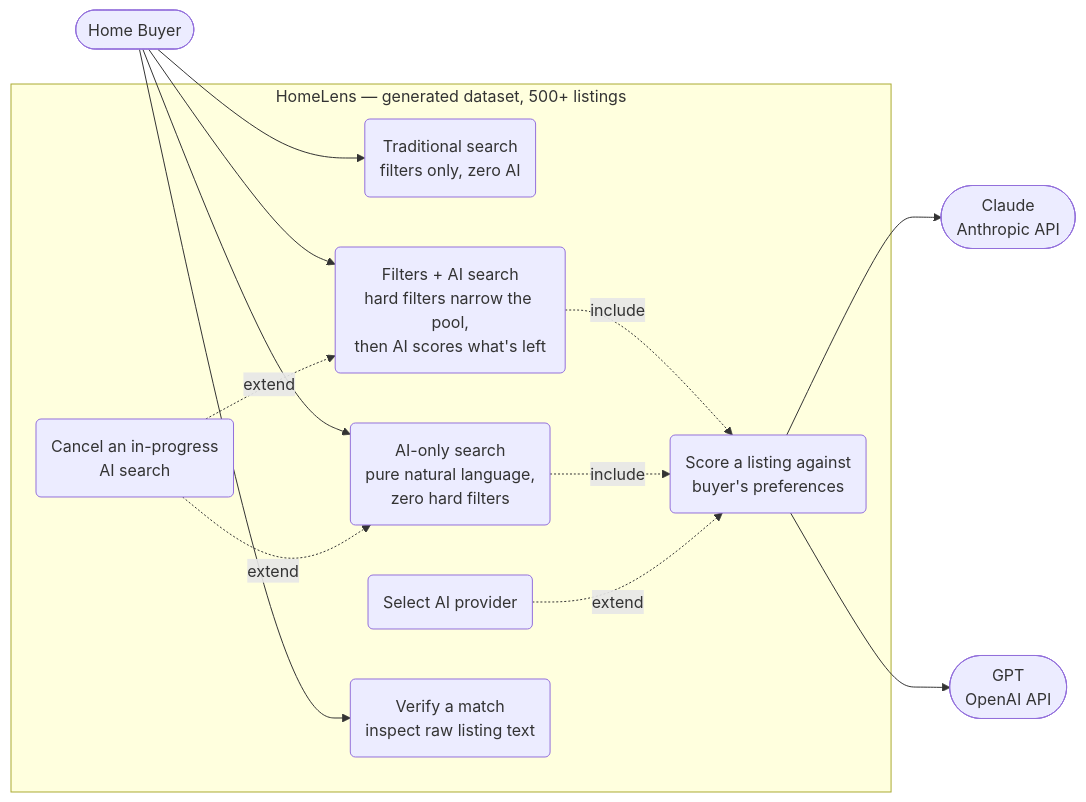
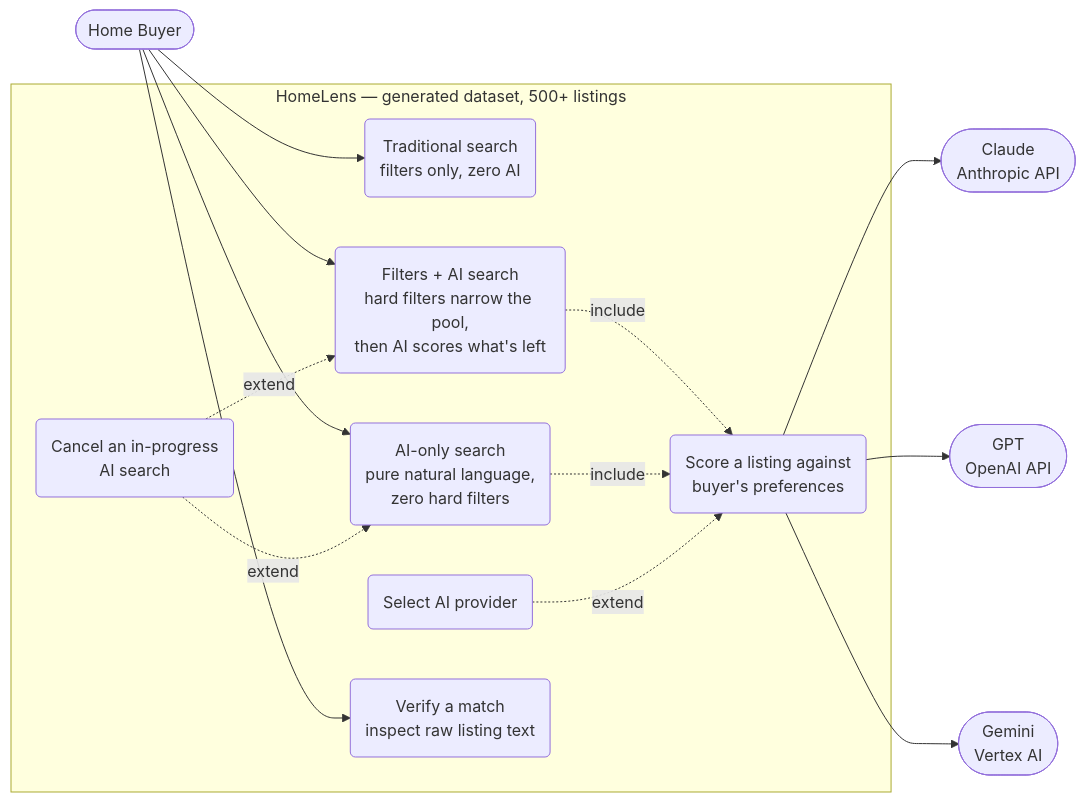
The first of 9 diagrams in docs/architecture.md (KhushbuVaishnav/HomeLens), drawn with Mermaid before and after one commit. The commit also changed other lines of this file and 2 other files, not shown here.

````diff
--- a/docs/architecture.md
+++ b/docs/architecture.md
@@ -20,30 +20,32 @@
 ```mermaid
 flowchart LR
     Buyer([Home Buyer])
     Claude([Claude<br/>Anthropic API])
     OpenAI([GPT<br/>OpenAI API])
+    Gemini([Gemini<br/>Vertex AI])
 
     subgraph System["HomeLens — generated dataset, 500+ listings"]
         UC1(Traditional search<br/>filters only, zero AI)
         UC2(Filters + AI search<br/>hard filters narrow the pool,<br/>then AI scores what's left)
         UC3(AI-only search<br/>pure natural language,<br/>zero hard filters)
         UC4(Cancel an in-progress<br/>AI search)
         UC5(Select AI provider)
         UC6(Verify a match<br/>inspect raw listing text)
         UC7(Score a listing against<br/>buyer's preferences)
     end
 
     Buyer --> UC1
     Buyer --> UC2
     Buyer --> UC3
     Buyer --> UC6
 
     UC2 -. include .-> UC7
     UC3 -. include .-> UC7
     UC4 -. extend .-> UC2
     UC4 -. extend .-> UC3
     UC5 -. extend .-> UC7
 
     UC7 --> Claude
     UC7 --> OpenAI
+    UC7 --> Gemini
 ```
````
